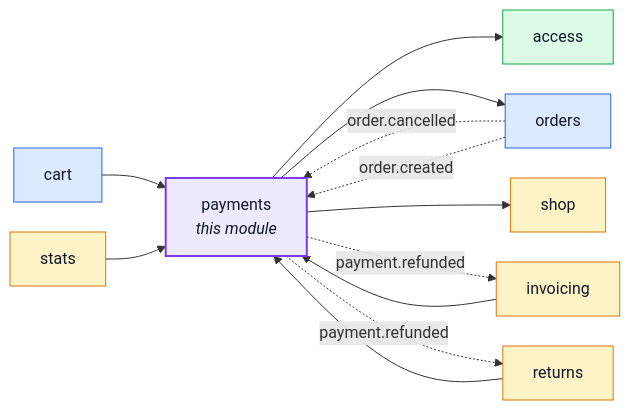
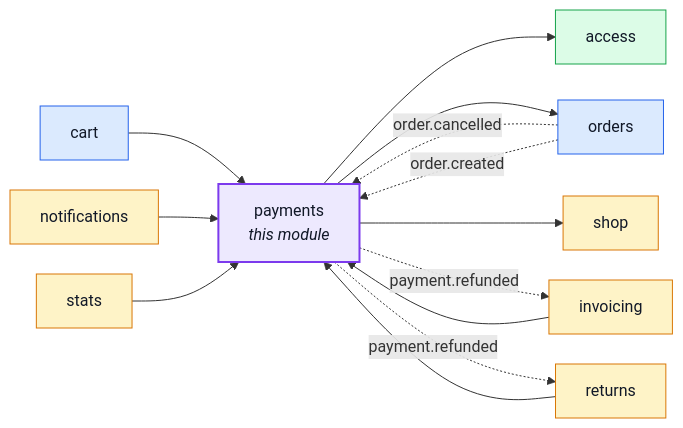
One commit to Guebbit/boilerplate-node-backend changed the first of 18 diagrams in docs/modules/payments.md. Above: the diagram before and after it, drawn with Mermaid. The commit also changed 50 other files, not shown here.

````diff
--- a/docs/modules/payments.md
+++ b/docs/modules/payments.md
@@ -16,33 +16,35 @@
 ```mermaid
 %%{init: {'flowchart': {'nodeSpacing': 30, 'rankSpacing': 60}}}%%
 flowchart LR
     payments["payments<br/><i>this module</i>"]
     access["access"]
     cart["cart"]
     invoicing["invoicing"]
+    notifications["notifications"]
     orders["orders"]
     returns["returns"]
     shop["shop"]
     stats["stats"]
 
     cart --> payments
     invoicing --> payments
+    notifications --> payments
     returns --> payments
     stats --> payments
     payments --> access
     payments --> orders
     payments --> shop
     orders -. "order.cancelled" .-> payments
     orders -. "order.created" .-> payments
     payments -. "payment.refunded" .-> invoicing
     payments -. "payment.refunded" .-> returns
 
     classDef core fill:#dbeafe,stroke:#2563eb,color:#111827;
     classDef supporting fill:#fef3c7,stroke:#d97706,color:#111827;
     classDef generic fill:#dcfce7,stroke:#16a34a,color:#111827;
     classDef centre fill:#ede9fe,stroke:#7c3aed,stroke-width:2px,color:#111827;
     class cart,orders core;
-    class invoicing,returns,shop,stats supporting;
+    class invoicing,notifications,returns,shop,stats supporting;
     class access generic;
     class payments centre;
 ```
````
